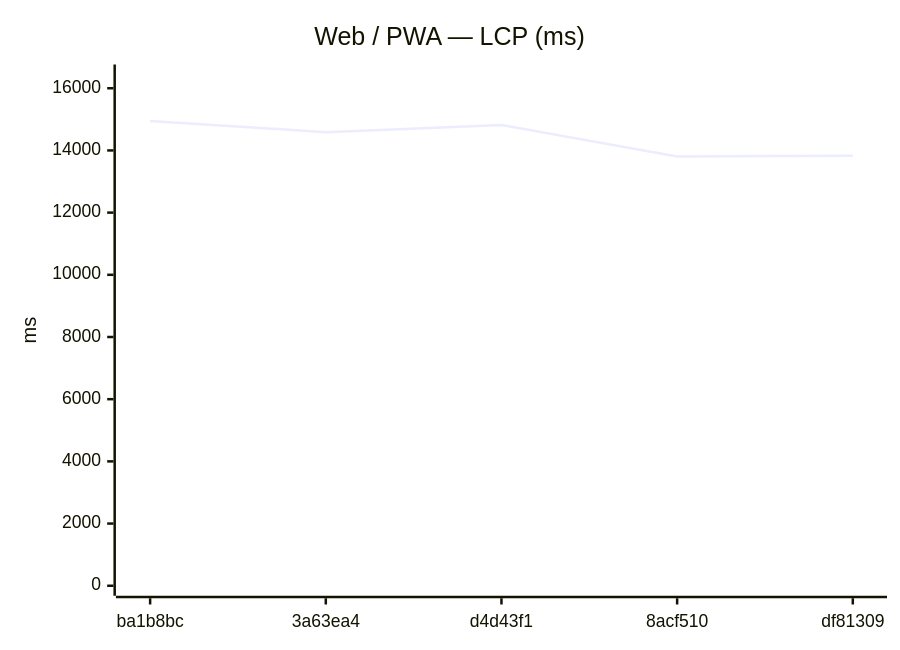
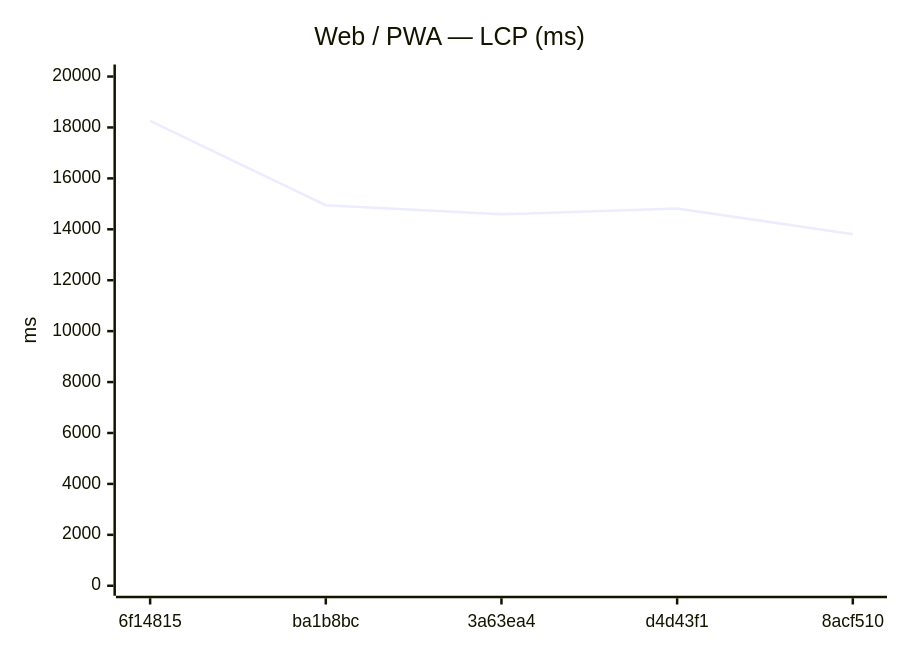
The seventh of 18 diagrams in benchmarks/compare.md (Metaheurist/Rianell), drawn with Mermaid before and after one commit. The commit also changed other lines of this file and 11 other files, not shown here.

````diff
--- a/benchmarks/compare.md
+++ b/benchmarks/compare.md
@@ -117,7 +117,7 @@
 ```mermaid
 xychart-beta
     title "Web / PWA — LCP (ms)"
-    x-axis ["ba1b8bc", "3a63ea4", "d4d43f1", "8acf510", "df81309"]
-    y-axis "ms" 0 --> 16442
-    line [14947, 14588, 14818, 13807, 13825]
+    x-axis ["6f14815", "ba1b8bc", "3a63ea4", "d4d43f1", "8acf510"]
+    y-axis "ms" 0 --> 20080
+    line [18254, 14947, 14588, 14818, 13807]
 ```
````
